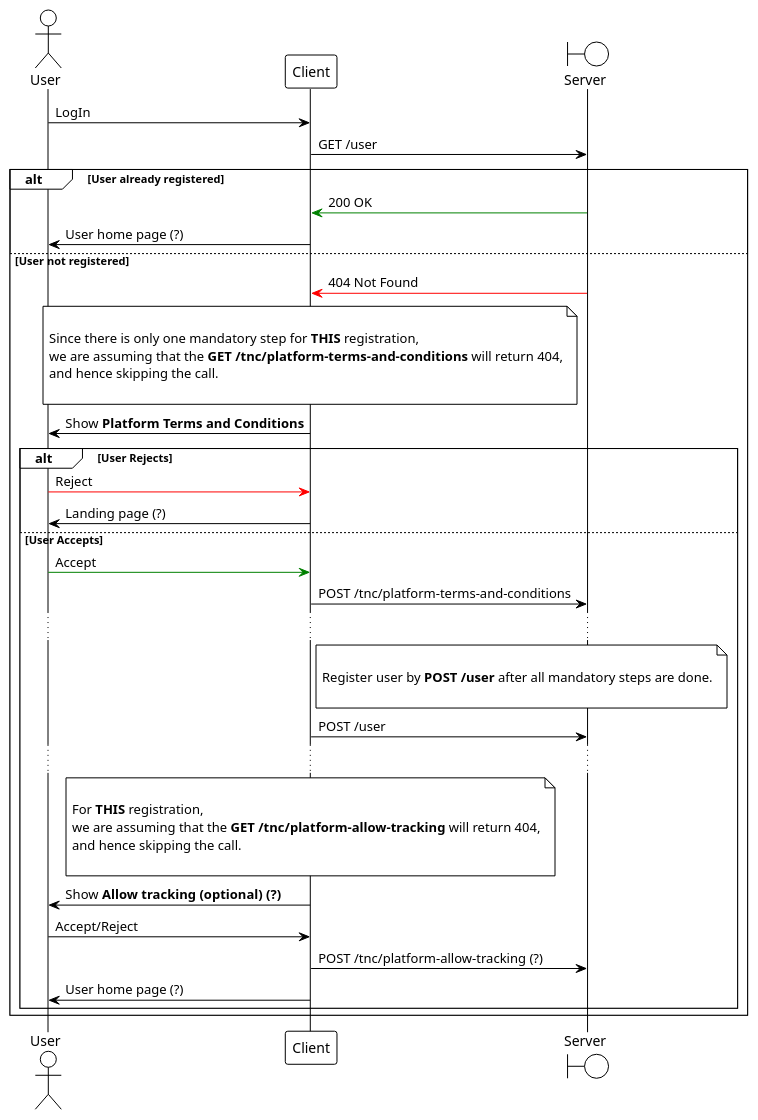
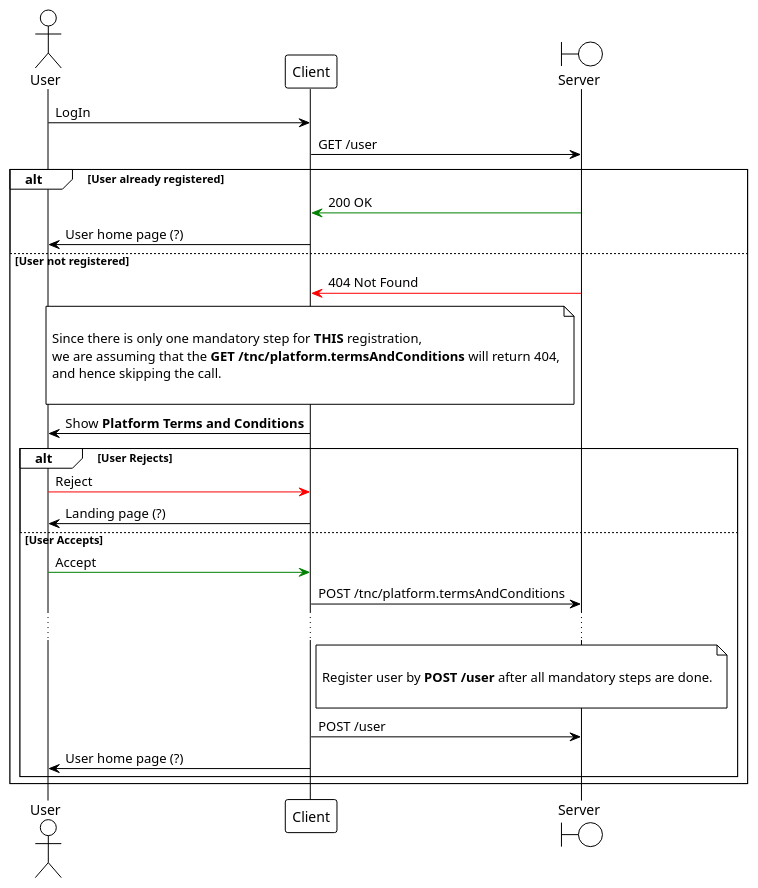
One commit to arcanetechnology/arcane-platform changed the diagram in docs/user-registration.plantuml. Above: the diagram before and after it, drawn with PlantUML. The commit also changed 13 other files, not shown here.

```diff
--- a/docs/user-registration.plantuml
+++ b/docs/user-registration.plantuml
@@ -1,79 +1,64 @@
 @startuml
 
 '!theme amiga
 '!theme blueprint
 '!theme crt-amber
 !theme plain
 
 actor User as user
 participant Client as client
 boundary Server as server
 
 user -> client : LogIn
 
 client -> server: GET /user
 
 alt User already registered
 
 client <-[#green] server: 200 OK
 
 user <- client : User home page (?)
 
 else User not registered
 
 client <-[#red] server: 404 Not Found
 
 note over client
 
 Since there is only one mandatory step for **THIS** registration,
-we are assuming that the **GET /tnc/platform-terms-and-conditions** will return 404,
+we are assuming that the **GET /tnc/platform.termsAndConditions** will return 404,
 and hence skipping the call.
 
 end note
 
 user <- client : Show **Platform Terms and Conditions**
 
 alt User Rejects
 
 user -[#red]> client : Reject
 
 user <- client : Landing page (?)
 
 else User Accepts
 
 user -[#green]> client : Accept
 
-client -> server: POST /tnc/platform-terms-and-conditions
+client -> server: POST /tnc/platform.termsAndConditions
 
 ...
 
 note right of client
 
 Register user by **POST /user** after all mandatory steps are done.
 
 end note
 
 client -> server: POST /user
 
-...
-
-note over client
-
-For **THIS** registration,
-we are assuming that the **GET /tnc/platform-allow-tracking** will return 404,
-and hence skipping the call.
-
-end note
-
-user <- client : Show **Allow tracking (optional) (?) **
-user -> client : Accept/Reject
-
-client -> server: POST /tnc/platform-allow-tracking (?)
-
 user <- client : User home page (?)
 
 end
 
 end
 
 @enduml
```
